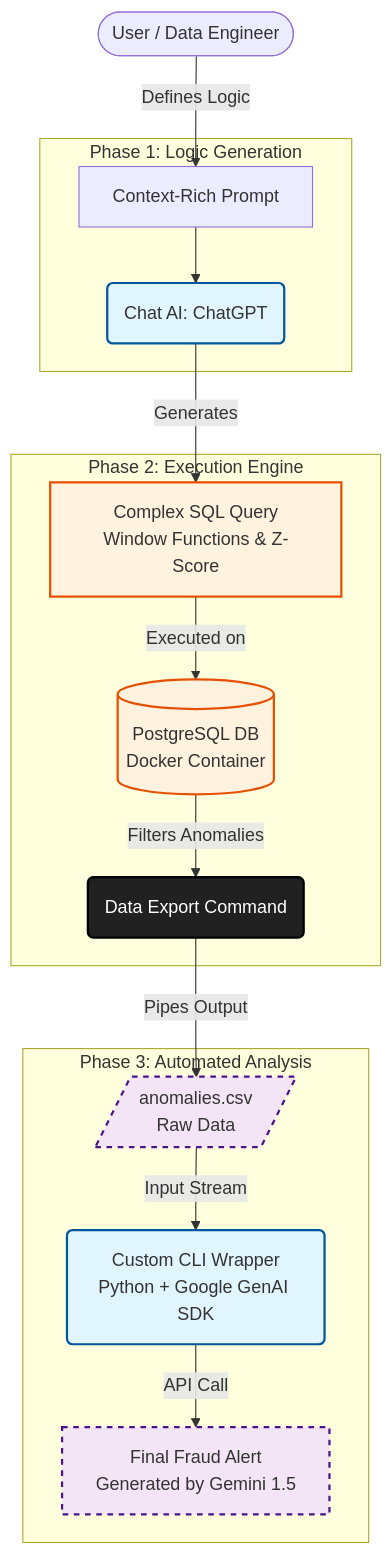
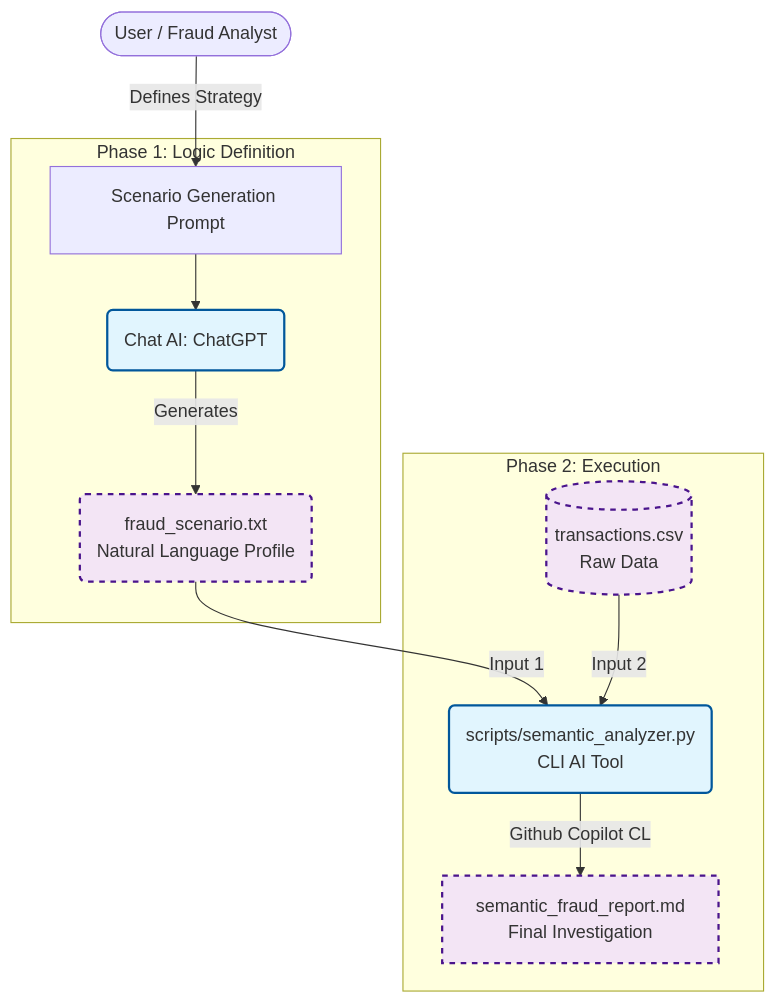
The diagram in README.md (jill-break/Capstone-Project-Automated-Fraud-Detection-Pipeline), drawn with Mermaid before and after one commit. The commit also changed other lines of this file and 23 other files, not shown here.

````diff
--- a/README.md
+++ b/README.md
@@ -20,45 +20,34 @@
 ```mermaid
 flowchart TD
     %% Define Styles
     classDef ai fill:#e1f5fe,stroke:#01579b,stroke-width:2px;
-    classDef db fill:#fff3e0,stroke:#e65100,stroke-width:2px;
     classDef file fill:#f3e5f5,stroke:#4a148c,stroke-width:2px,stroke-dasharray: 5 5;
     classDef term fill:#212121,stroke:#000,stroke-width:2px,color:#fff;
 
     %% Nodes
-    User([User / Data Engineer])
+    User([User / Fraud Analyst])
     
-    subgraph Phase1 [Phase 1: Logic Generation]
+    subgraph Phase1 [Phase 1: Logic Definition]
         ChatAI(Chat AI: ChatGPT)
-        Prompt[Context-Rich Prompt]
+        Prompt[Scenario Generation Prompt]
+        Scenario(fraud_scenario.txt\nNatural Language Profile)
     end
 
-    subgraph Phase2 [Phase 2: Execution Engine]
-        SQL[Complex SQL Query\nWindow Functions & Z-Score]
-        DB[(PostgreSQL DB\nDocker Container)]
-        Export(Data Export Command)
-    end
-
-    subgraph Phase3 [Phase 3: Automated Analysis]
-        CSV[/anomalies.csv\nRaw Data/]
-        Gemini_Tool(Custom CLI Wrapper\nPython + Google GenAI SDK)
-        Report[Final Fraud Alert\nGenerated by Gemini 1.5]
+    subgraph Phase2 [Phase 2: Execution]
+        Data[(transactions.csv\nRaw Data)]
+        Analyzer(scripts/semantic_analyzer.py\nCLI AI Tool)
+        Report[semantic_fraud_report.md\nFinal Investigation]
     end
 
     %% Connections
-    User -->|Defines Logic| Prompt
+    User -->|Defines Strategy| Prompt
     Prompt --> ChatAI
-    ChatAI -->|Generates| SQL
-    SQL -->|Executed on| DB
-    DB -->|Filters Anomalies| Export
-    Export -->|Pipes Output| CSV
-    CSV -->|Input Stream| Gemini_Tool
-    Gemini_Tool -->|API Call| Report
+    ChatAI -->|Generates| Scenario
+    Scenario -->|Input 1| Analyzer
+    Data -->|Input 2| Analyzer
+    Analyzer -->|Github Copilot CL| Report
 
     %% Apply Styles
-    class ChatAI,Gemini_Tool ai;
-    class DB,SQL db;
-    class CSV,Report file;
-    class Export term;
-
+    class ChatAI,Analyzer ai;
+    class Scenario,Report,Data file;
 ```
````
